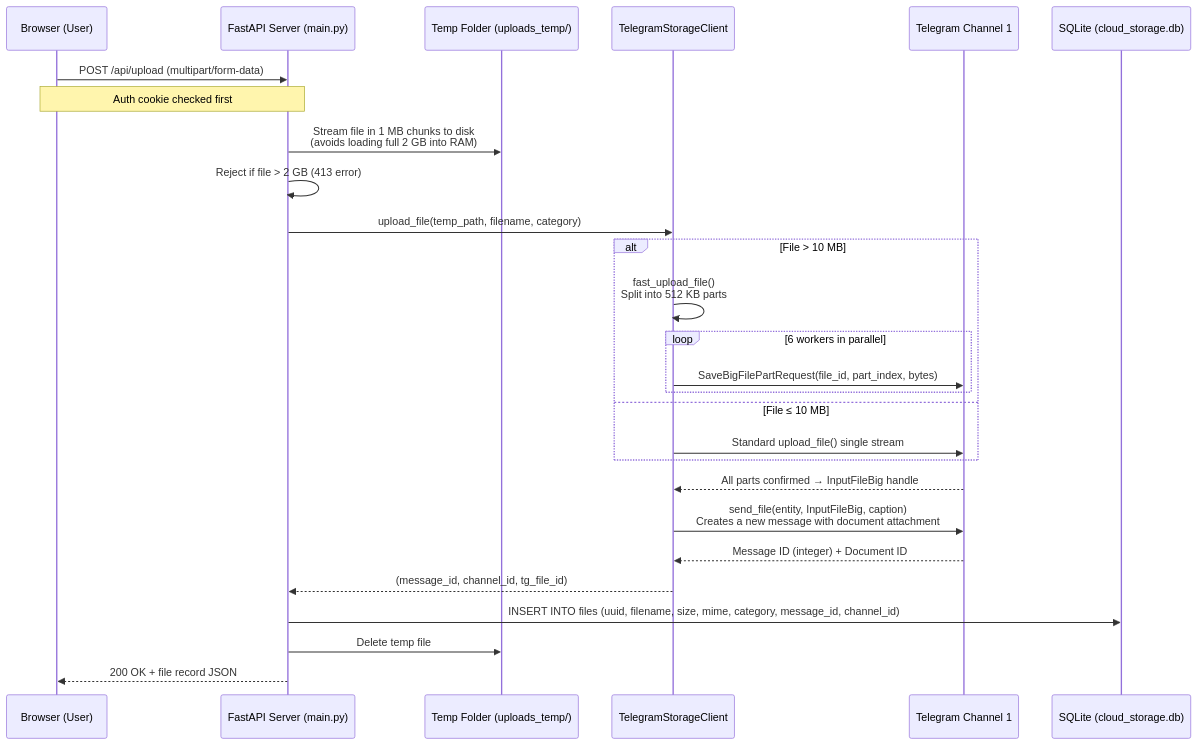
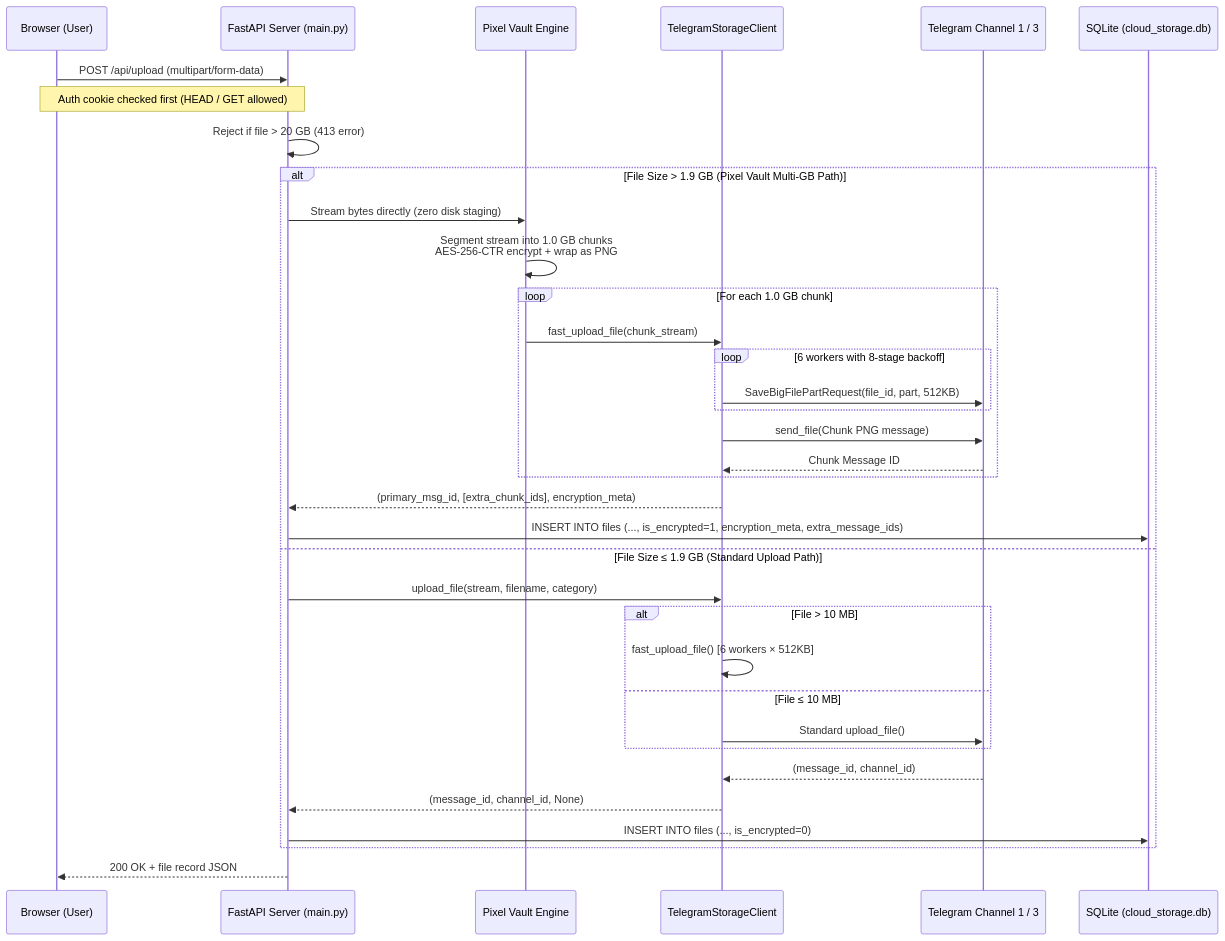
One commit to 120198subham/telegram-cloud-drive changed the first of 7 diagrams in architecture-scanner/6_data_flow.md. Above: the diagram before and after it, drawn with Mermaid. The commit also changed other lines of this file and 12 other files, not shown here.

Commit message:
feat: stateless memory sessions, 1.99GB split threshold, multi-stage UI progress with live timer & VLC stream support

````diff
--- a/architecture-scanner/6_data_flow.md
+++ b/architecture-scanner/6_data_flow.md
@@ -15,32 +15,40 @@
 ```mermaid
 sequenceDiagram
     participant BROWSER as Browser (User)
     participant FASTAPI as FastAPI Server (main.py)
-    participant TEMP as Temp Folder (uploads_temp/)
+    participant VAULT as Pixel Vault Engine
     participant TG_CLIENT as TelegramStorageClient
-    participant TG_CHANNEL as Telegram Channel 1
+    participant TG_CHANNEL as Telegram Channel 1 / 3
     participant SQLITE as SQLite (cloud_storage.db)
 
     BROWSER->>FASTAPI: POST /api/upload (multipart/form-data)
-    Note over BROWSER,FASTAPI: Auth cookie checked first
-    FASTAPI->>TEMP: Stream file in 1 MB chunks to disk<br/>(avoids loading full 2 GB into RAM)
-    FASTAPI->>FASTAPI: Reject if file > 2 GB (413 error)
-    FASTAPI->>TG_CLIENT: upload_file(temp_path, filename, category)
+    Note over BROWSER,FASTAPI: Auth cookie checked first (HEAD / GET allowed)
+    FASTAPI->>FASTAPI: Reject if file > 20 GB (413 error)
     
-    alt File > 10 MB
-        TG_CLIENT->>TG_CLIENT: fast_upload_file()<br/>Split into 512 KB parts
-        loop 6 workers in parallel
-            TG_CLIENT->>TG_CHANNEL: SaveBigFilePartRequest(file_id, part_index, bytes)
+    alt File Size > 1.9 GB (Pixel Vault Multi-GB Path)
+        FASTAPI->>VAULT: Stream bytes directly (zero disk staging)
+        VAULT->>VAULT: Segment stream into 1.0 GB chunks<br/>AES-256-CTR encrypt + wrap as PNG
+        loop For each 1.0 GB chunk
+            VAULT->>TG_CLIENT: fast_upload_file(chunk_stream)
+            loop 6 workers with 8-stage backoff
+                TG_CLIENT->>TG_CHANNEL: SaveBigFilePartRequest(file_id, part, 512KB)
+            end
+            TG_CLIENT->>TG_CHANNEL: send_file(Chunk PNG message)
+            TG_CHANNEL-->>TG_CLIENT: Chunk Message ID
         end
-    else File ≤ 10 MB
-        TG_CLIENT->>TG_CHANNEL: Standard upload_file() single stream
+        TG_CLIENT-->>FASTAPI: (primary_msg_id, [extra_chunk_ids], encryption_meta)
+        FASTAPI->>SQLITE: INSERT INTO files (..., is_encrypted=1, encryption_meta, extra_message_ids)
+    else File Size ≤ 1.9 GB (Standard Upload Path)
+        FASTAPI->>TG_CLIENT: upload_file(stream, filename, category)
+        alt File > 10 MB
+            TG_CLIENT->>TG_CLIENT: fast_upload_file() [6 workers × 512KB]
+        else File ≤ 10 MB
+            TG_CLIENT->>TG_CHANNEL: Standard upload_file()
+        end
+        TG_CHANNEL-->>TG_CLIENT: (message_id, channel_id)
+        TG_CLIENT-->>FASTAPI: (message_id, channel_id, None)
+        FASTAPI->>SQLITE: INSERT INTO files (..., is_encrypted=0)
     end
     
-    TG_CHANNEL-->>TG_CLIENT: All parts confirmed → InputFileBig handle
-    TG_CLIENT->>TG_CHANNEL: send_file(entity, InputFileBig, caption)<br/>Creates a new message with document attachment
-    TG_CHANNEL-->>TG_CLIENT: Message ID (integer) + Document ID
-    TG_CLIENT-->>FASTAPI: (message_id, channel_id, tg_file_id)
-    FASTAPI->>SQLITE: INSERT INTO files (uuid, filename, size, mime, category, message_id, channel_id)
-    FASTAPI->>TEMP: Delete temp file
     FASTAPI-->>BROWSER: 200 OK + file record JSON
 ```
````
